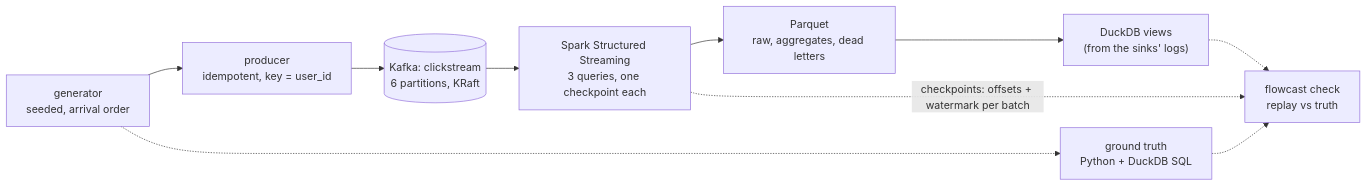
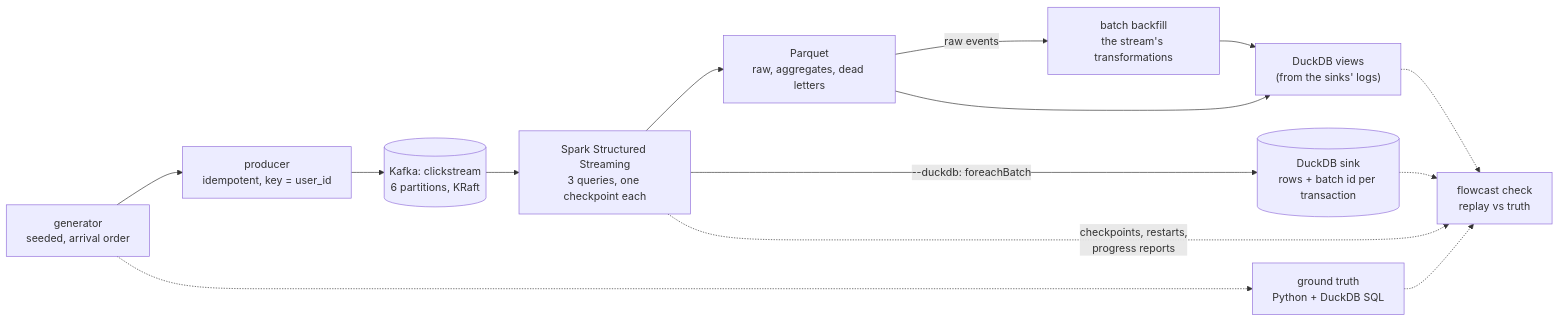
One commit to vivekdavara/flowcast changed the diagram in README.md. Above: the diagram before and after it, drawn with Mermaid. The commit also changed other lines of this file and 1 other file, not shown here.

First line of the commit message:
README for day 3; kill_restart.py runs the DuckDB sink too

````diff
--- a/README.md
+++ b/README.md
@@ -26,12 +26,16 @@
 ```mermaid
 flowchart LR
   G["generator<br/>seeded, arrival order"] --> P["producer<br/>idempotent, key = user_id"]
   G -.-> T["ground truth<br/>Python + DuckDB SQL"]
   P --> K[("Kafka: clickstream<br/>6 partitions, KRaft")]
   K --> S["Spark Structured Streaming<br/>3 queries, one checkpoint each"]
   S --> PQ["Parquet<br/>raw, aggregates, dead letters"]
+  S -->|"--duckdb: foreachBatch"| DS[("DuckDB sink<br/>rows + batch id per transaction")]
+  PQ -->|"raw events"| B["batch backfill<br/>the stream's transformations"]
   PQ --> D["DuckDB views<br/>(from the sinks' logs)"]
-  S -.->|"checkpoints: offsets + watermark per batch"| C["flowcast check<br/>replay vs truth"]
+  B --> D
+  S -.->|"checkpoints, restarts,<br/>progress reports"| C["flowcast check<br/>replay vs truth"]
+  DS -.-> C
   T -.-> C
   D -.-> C
 ```
````
